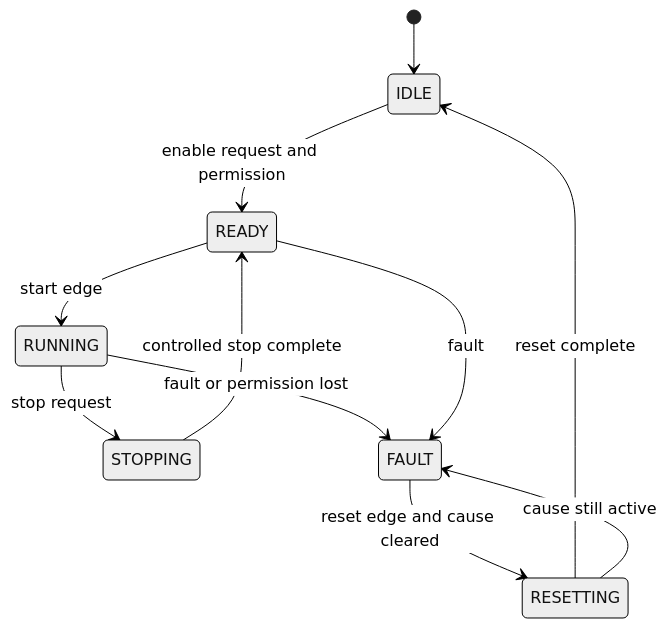
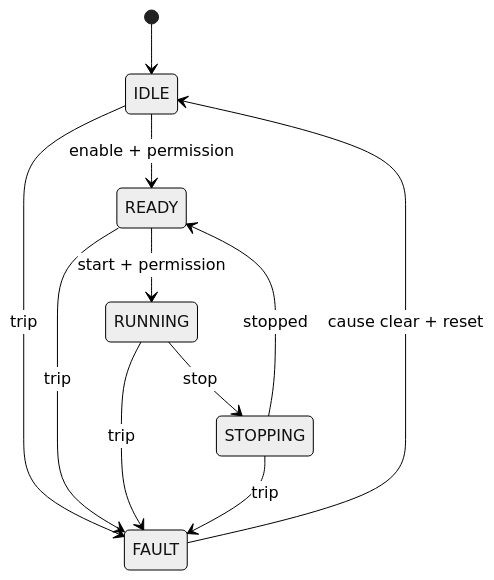
The diagram in docs/diagrams/equipment-state-machine.md (parthoece/industrial-controls-learning-lab), drawn with Mermaid (neutral theme) before and after one commit. The commit also changed other lines of this file and 86 other files, not shown here.

````diff
--- a/docs/diagrams/equipment-state-machine.md
+++ b/docs/diagrams/equipment-state-machine.md
@@ -3,13 +3,13 @@
 ```mermaid
 stateDiagram-v2
     [*] --> IDLE
-    IDLE --> READY: enable request and permission
-    READY --> RUNNING: start edge
-    RUNNING --> STOPPING: stop request
-    STOPPING --> READY: controlled stop complete
-    RUNNING --> FAULT: fault or permission lost
-    READY --> FAULT: fault
-    FAULT --> RESETTING: reset edge and cause cleared
-    RESETTING --> IDLE: reset complete
-    RESETTING --> FAULT: cause still active
+    IDLE --> READY: enable + permission
+    READY --> RUNNING: start + permission
+    RUNNING --> STOPPING: stop
+    STOPPING --> READY: stopped
+    IDLE --> FAULT: trip
+    READY --> FAULT: trip
+    RUNNING --> FAULT: trip
+    STOPPING --> FAULT: trip
+    FAULT --> IDLE: cause clear + reset
 ```
````
